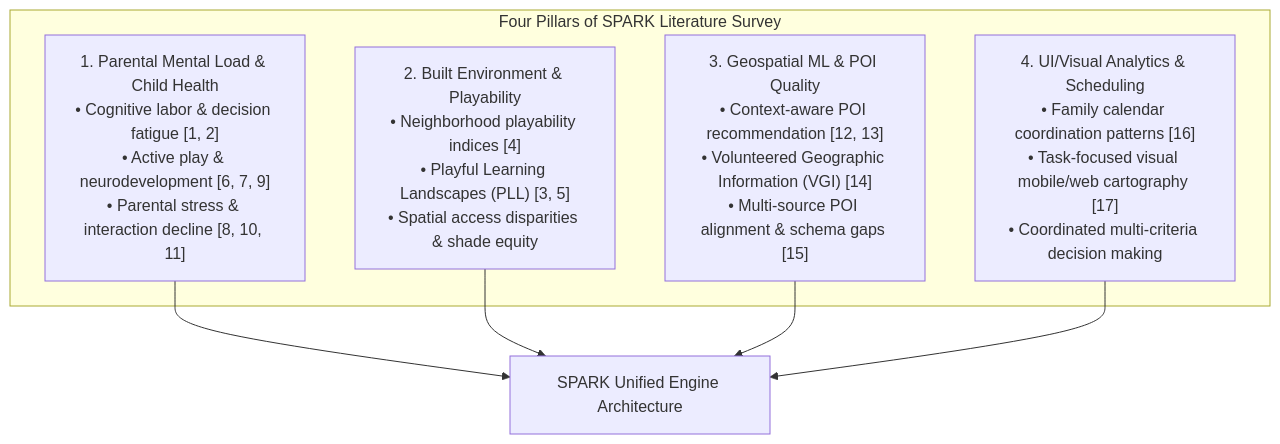
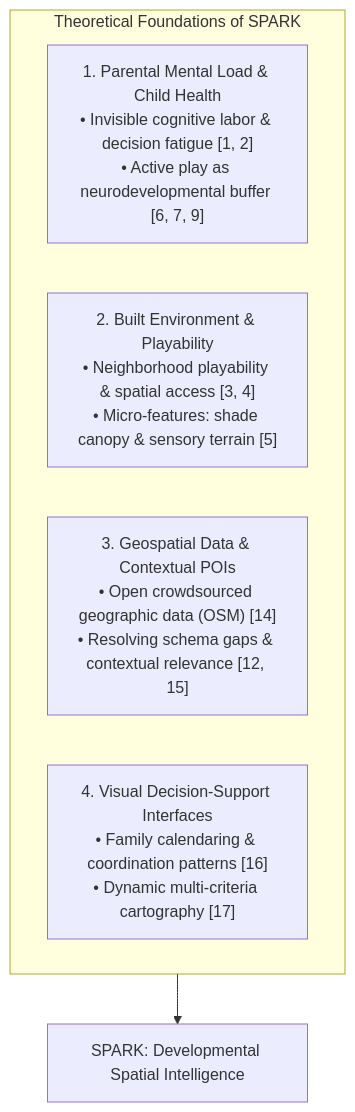
Before and after one commit to manoj-android/cse-6242-project: the second of 5 diagrams in projectwork/docs/progress_report.md, drawn with Mermaid. The commit also changed other lines of this file, not shown here.

````diff
--- a/projectwork/docs/progress_report.md
+++ b/projectwork/docs/progress_report.md
@@ -58,10 +79,10 @@
 ```mermaid
 flowchart TD
-    subgraph Literature["Four Pillars of SPARK Literature Survey"]
-        P1["1. Parental Mental Load & Child Health<br>• Cognitive labor & decision fatigue [1, 2]<br>• Active play & neurodevelopment [6, 7, 9]<br>• Parental stress & interaction decline [8, 10, 11]"]
-        P2["2. Built Environment & Playability<br>• Neighborhood playability indices [4]<br>• Playful Learning Landscapes (PLL) [3, 5]<br>• Spatial access disparities & shade equity"]
-        P3["3. Geospatial ML & POI Quality<br>• Context-aware POI recommendation [12, 13]<br>• Volunteered Geographic Information (VGI) [14]<br>• Multi-source POI alignment & schema gaps [15]"]
-        P4["4. UI/Visual Analytics & Scheduling<br>• Family calendar coordination patterns [16]<br>• Task-focused visual mobile/web cartography [17]<br>• Coordinated multi-criteria decision making"]
+    subgraph Pillars["Theoretical Foundations of SPARK"]
+        P1["1. Parental Mental Load & Child Health<br>• Invisible cognitive labor & decision fatigue [1, 2]<br>• Active play as neurodevelopmental buffer [6, 7, 9]"]
+        P2["2. Built Environment & Playability<br>• Neighborhood playability & spatial access [3, 4]<br>• Micro-features: shade canopy & sensory terrain [5]"]
+        P3["3. Geospatial Data & Contextual POIs<br>• Open crowdsourced geographic data (OSM) [14]<br>• Resolving schema gaps & contextual relevance [12, 15]"]
+        P4["4. Visual Decision-Support Interfaces<br>• Family calendaring & coordination patterns [16]<br>• Dynamic multi-criteria cartography [17]"]
     end
-    P1 & P2 & P3 & P4 --> SPARK["SPARK Unified Engine Architecture"]
+    Pillars --> UNIFIED["SPARK: Developmental Spatial Intelligence"]
 ```
````
